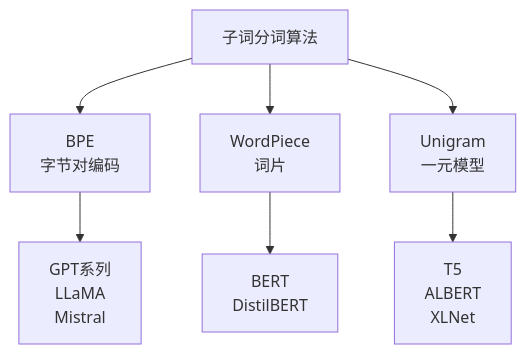
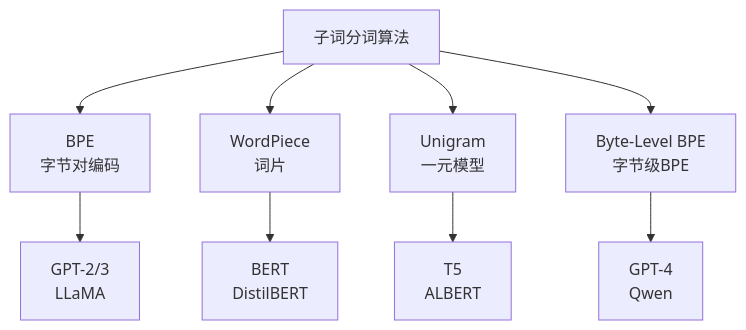
The third of 10 diagrams in learning/website/docs/basics/03-tokenization.md (Xunzhuo/mini-sglang), drawn with Mermaid before and after one commit. The commit also changed other lines of this file and 9 other files, not shown here.

````diff
--- a/learning/website/docs/basics/03-tokenization.md
+++ b/learning/website/docs/basics/03-tokenization.md
@@ -87,10 +75,12 @@
 ```mermaid
 graph TB
     T[子词分词算法] --> BPE[BPE<br/>字节对编码]
     T --> WP[WordPiece<br/>词片]
     T --> UG[Unigram<br/>一元模型]
+    T --> BBPE[Byte-Level BPE<br/>字节级BPE]
     
-    BPE --> GPT[GPT系列<br/>LLaMA<br/>Mistral]
+    BPE --> GPT[GPT-2/3<br/>LLaMA]
+    BBPE --> GPT4[GPT-4<br/>Qwen]
     WP --> BERT[BERT<br/>DistilBERT]
-    UG --> T5[T5<br/>ALBERT<br/>XLNet]
+    UG --> T5[T5<br/>ALBERT]
 ```
````
